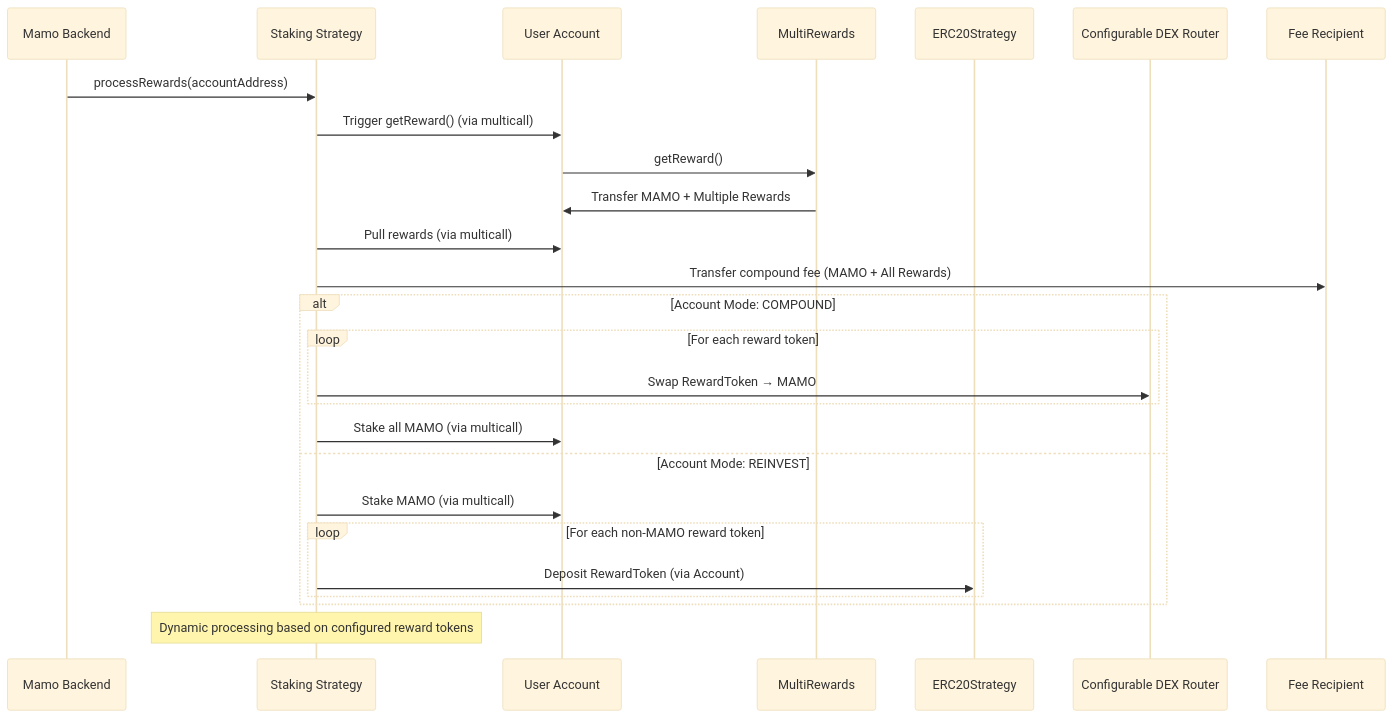
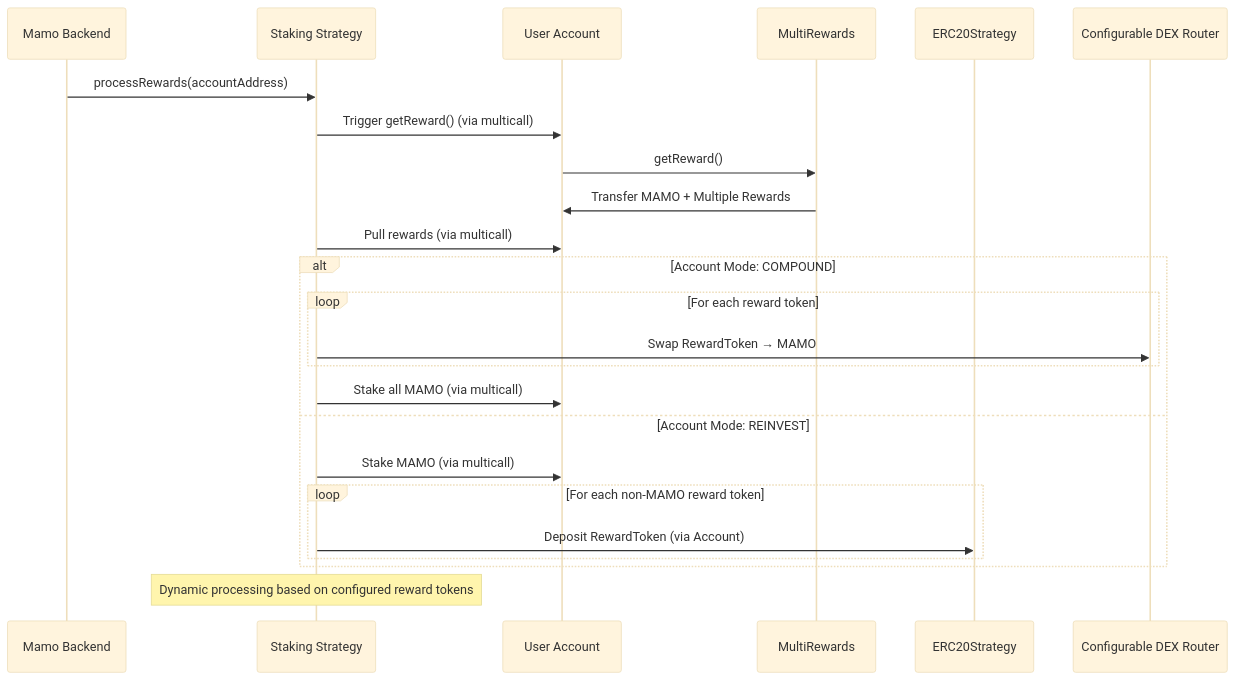
One commit to moonwell-fi/mamo-contracts changed the third of 6 diagrams in docs/MAMO_STAKING_ARCHITECTURE.md. Above: the diagram before and after it, drawn with Mermaid (base theme). The commit also changed other lines of this file and 3 other files, not shown here.

First line of the commit message:
remove fee logic from MamoStakingStrategy

````diff
--- a/docs/MAMO_STAKING_ARCHITECTURE.md
+++ b/docs/MAMO_STAKING_ARCHITECTURE.md
@@ -676,32 +605,30 @@
 ```mermaid
 sequenceDiagram
     participant Backend as Mamo Backend
     participant Strategy as Staking Strategy
     participant Account as User Account
     participant MultiRewards as MultiRewards
     participant ERC20Strategy as ERC20Strategy
     participant DEX as Configurable DEX Router
-    participant Fee as Fee Recipient
 
     Backend->>Strategy: processRewards(accountAddress)
     Strategy->>Account: Trigger getReward() (via multicall)
     Account->>MultiRewards: getReward()
     MultiRewards->>Account: Transfer MAMO + Multiple Rewards
     
     Strategy->>Account: Pull rewards (via multicall)
-    Strategy->>Fee: Transfer compound fee (MAMO + All Rewards)
     
     alt Account Mode: COMPOUND
         loop For each reward token
             Strategy->>DEX: Swap RewardToken → MAMO
         end
         Strategy->>Account: Stake all MAMO (via multicall)
     else Account Mode: REINVEST
         Strategy->>Account: Stake MAMO (via multicall)
         loop For each non-MAMO reward token
             Strategy->>ERC20Strategy: Deposit RewardToken (via Account)
         end
     end
     
     Note over Strategy: Dynamic processing based on configured reward tokens
 ```
````
